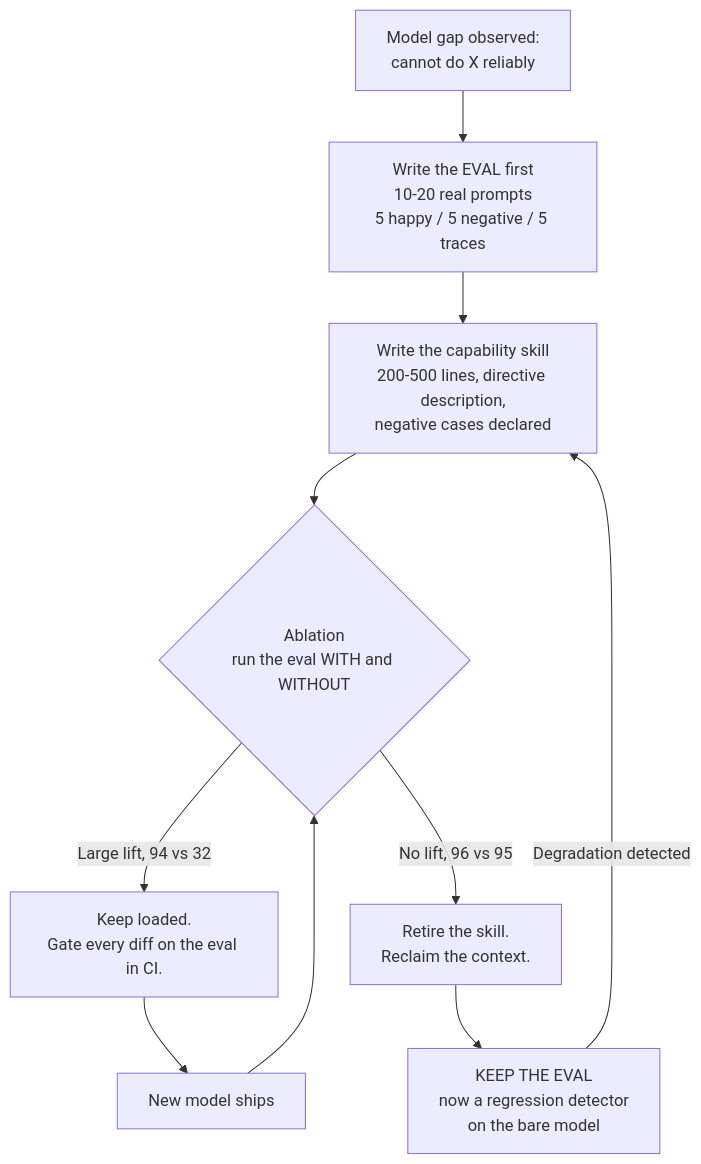
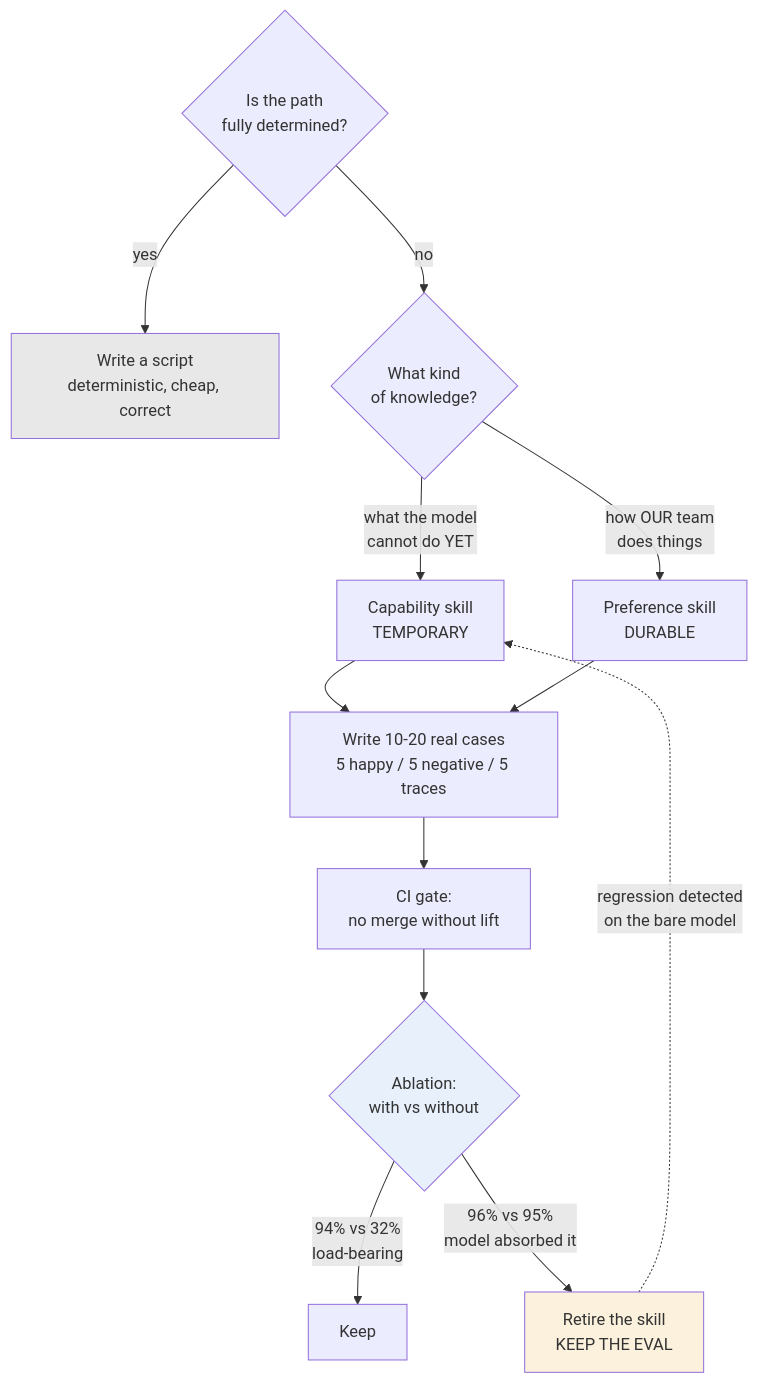
The second of 2 diagrams in sources/260726_dont-ship-skills-without-evals/LEARNING.md (0xchamin/mincha_brain), drawn with Mermaid before and after one commit. The commit also changed other lines of this file, not shown here.

First line of the commit message:
docs: rewrite S5 as a flowing ramp - recovers 4 unused frames including the hook

````diff
--- a/sources/260726_dont-ship-skills-without-evals/LEARNING.md
+++ b/sources/260726_dont-ship-skills-without-evals/LEARNING.md
@@ -197,12 +411,19 @@
 ```mermaid
-flowchart TD
-    G["Model gap observed:<br/>cannot do X reliably"] --> E["Write the EVAL first<br/>10-20 real prompts<br/>5 happy / 5 negative / 5 traces"]
-    E --> S["Write the capability skill<br/>200-500 lines, directive description,<br/>negative cases declared"]
-    S --> A{"Ablation<br/>run the eval WITH and WITHOUT"}
-    A -->|"Large lift, 94 vs 32"| K["Keep loaded.<br/>Gate every diff on the eval in CI."]
-    A -->|"No lift, 96 vs 95"| R["Retire the skill.<br/>Reclaim the context."]
-    K --> M["New model ships"]
-    M --> A
-    R --> P["KEEP THE EVAL<br/>now a regression detector<br/>on the bare model"]
-    P -->|"Degradation detected"| S
+flowchart TB
+    W{"Is the path<br/>fully determined?"}
+    W -->|yes| SC["Write a script<br/>deterministic, cheap, correct"]
+    W -->|no| K{"What kind<br/>of knowledge?"}
+    K -->|"what the model<br/>cannot do YET"| CAP["Capability skill<br/>TEMPORARY"]
+    K -->|"how OUR team<br/>does things"| PREF["Preference skill<br/>DURABLE"]
+    CAP --> E["Write 10-20 real cases<br/>5 happy / 5 negative / 5 traces"]
+    PREF --> E
+    E --> GATE["CI gate:<br/>no merge without lift"]
+    GATE --> AB{"Ablation:<br/>with vs without"}
+    AB -->|"94% vs 32%<br/>load-bearing"| KEEP["Keep"]
+    AB -->|"96% vs 95%<br/>model absorbed it"| RET["Retire the skill<br/>KEEP THE EVAL"]
+    RET -.->|"regression detected<br/>on the bare model"| CAP
+
+    style SC fill:#e8e8e8
+    style RET fill:#fbf1dc
+    style AB fill:#e8f0fc
 ```
````
